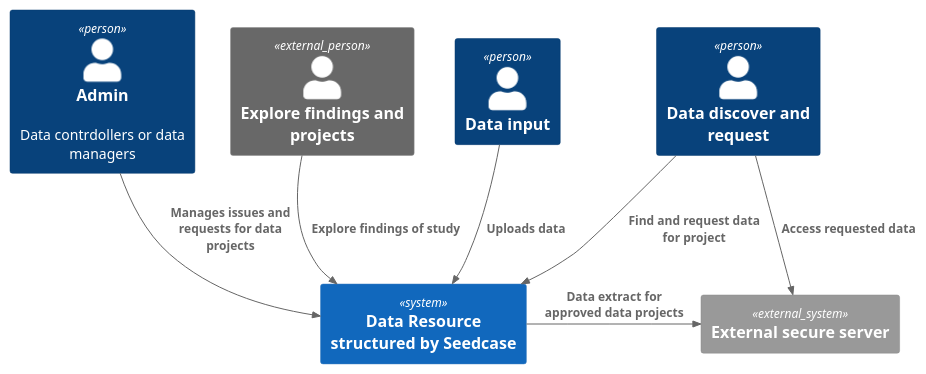
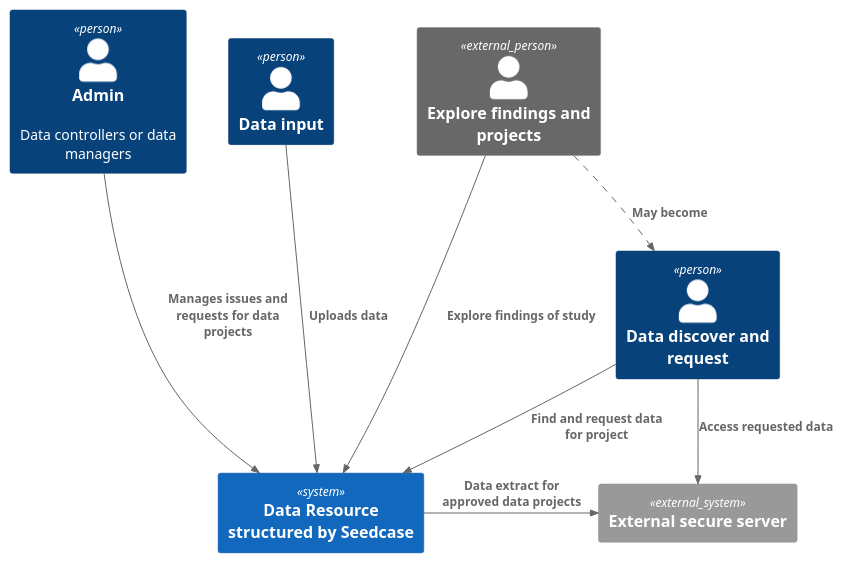
The diagram in images/context.puml (seedcase-project/design), drawn with PlantUML before and after one commit. The commit also changed 1 other file, not shown here.

```diff
--- a/images/context.puml
+++ b/images/context.puml
@@ -1,21 +1,28 @@
-@startuml
+@startuml High_level
 !include https://raw.githubusercontent.com/plantuml-stdlib/C4-PlantUML/master/C4_Context.puml
 
-Person(user_data_input, "Data input")
-Person(user_data_request, "Data discover and request")
-Person(user_admin, "Admin", "Data contrdollers or data managers")
+Person(user_input, "Data input")
+Person(user_request, "Data discover and request")
+Person(user_admin, "Admin", "Data controllers or data managers")
 
 Person_Ext(user_results, "Explore findings and projects")
 
-Lay_Right(user_admin, user_results)
+Lay_R(user_admin, user_input)
+Lay_R(user_input, user_results)
+Lay_R(user_results, user_request)
+
+
+AddRelTag("line", $lineStyle = DashedLine())
 
 System(ui, "Data Resource structured by Seedcase")
 System_Ext(external_server, "External secure server")
 
-Rel(user_data_input, ui, "Uploads data")
-Rel(user_data_request, ui, "Find and request data for project")
+Rel(user_input, ui, "Uploads data")
+Rel(user_request, ui, "Find and request data for project")
+Rel(user_admin, ui, "Manages issues and requests for data projects")
 Rel(user_results, ui, "Explore findings of study")
-Rel(user_admin, ui, "Manages issues and requests for data projects")
+Rel(user_results, user_request, "May become", $tags="line")
+
 Rel_Right(ui, external_server, "Data extract for approved data projects")
-Rel(user_data_request, external_server, "Access requested data")
+Rel(user_request, external_server, "Access requested data")
 @enduml
```
